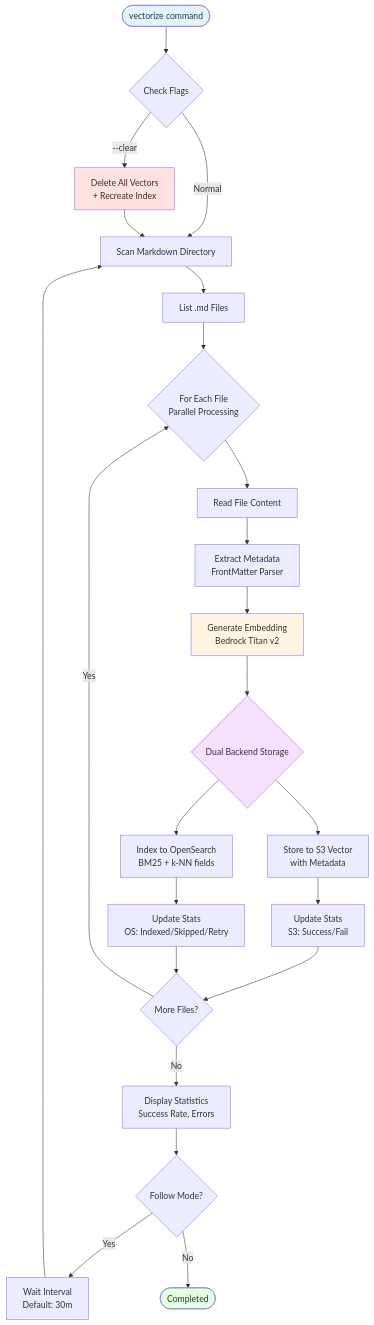
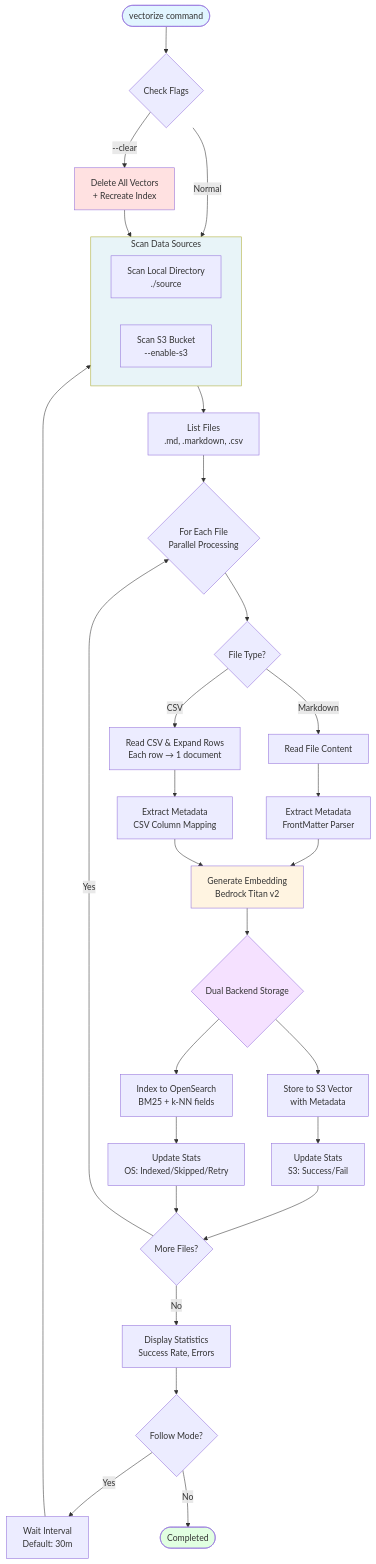
One commit to ca-srg/ragent changed the sixth of 6 diagrams in README.md. Above: the diagram before and after it, drawn with Mermaid. The commit also changed other lines of this file and 39 other files, not shown here.

````diff
--- a/README.md
+++ b/README.md
@@ -285,41 +292,54 @@
 ```mermaid
 flowchart TD
     Start([vectorize command]) --> CheckFlags{Check Flags}
 
     CheckFlags -->|--clear| Clear[Delete All Vectors<br/>+ Recreate Index]
-    CheckFlags -->|Normal| Scan
-    Clear --> Scan
+    CheckFlags -->|Normal| ScanSources
+    Clear --> ScanSources
 
-    Scan[Scan Markdown Directory] --> Files[List .md Files]
+    subgraph ScanSources[Scan Data Sources]
+        LocalScan[Scan Local Directory<br/>./source]
+        S3Scan[Scan S3 Bucket<br/>--enable-s3]
+    end
+
+    ScanSources --> Files[List Files<br/>.md, .markdown, .csv]
 
     Files --> Loop{For Each File<br/>Parallel Processing}
 
-    Loop --> Read[Read File Content]
-    Read --> Extract[Extract Metadata<br/>FrontMatter Parser]
+    Loop --> FileType{File Type?}
+
+    FileType -->|Markdown| ReadMD[Read File Content]
+    FileType -->|CSV| ReadCSV[Read CSV & Expand Rows<br/>Each row → 1 document]
+
+    ReadMD --> Extract[Extract Metadata<br/>FrontMatter Parser]
+    ReadCSV --> ExtractCSV[Extract Metadata<br/>CSV Column Mapping]
+
     Extract --> Embed[Generate Embedding<br/>Bedrock Titan v2]
+    ExtractCSV --> Embed
 
     Embed --> Dual{Dual Backend Storage}
 
-    Dual --> S3[Store to S3 Vector<br/>with Metadata]
+    Dual --> S3Store[Store to S3 Vector<br/>with Metadata]
     Dual --> OSIndex[Index to OpenSearch<br/>BM25 + k-NN fields]
 
-    S3 --> Stats1[Update Stats<br/>S3: Success/Fail]
+    S3Store --> Stats1[Update Stats<br/>S3: Success/Fail]
     OSIndex --> Stats2[Update Stats<br/>OS: Indexed/Skipped/Retry]
 
     Stats1 --> Check{More Files?}
     Stats2 --> Check
 
     Check -->|Yes| Loop
     Check -->|No| Report[Display Statistics<br/>Success Rate, Errors]
 
     Report --> Follow{Follow Mode?}
     Follow -->|Yes| Wait[Wait Interval<br/>Default: 30m]
-    Wait --> Scan
+    Wait --> ScanSources
     Follow -->|No| End([Completed])
 
     style Start fill:#e1f5ff
     style Clear fill:#ffe1e1
+    style ScanSources fill:#e8f4f8
     style Embed fill:#fff4e1
     style Dual fill:#f5e1ff
     style End fill:#e1ffe1
 ```
````
